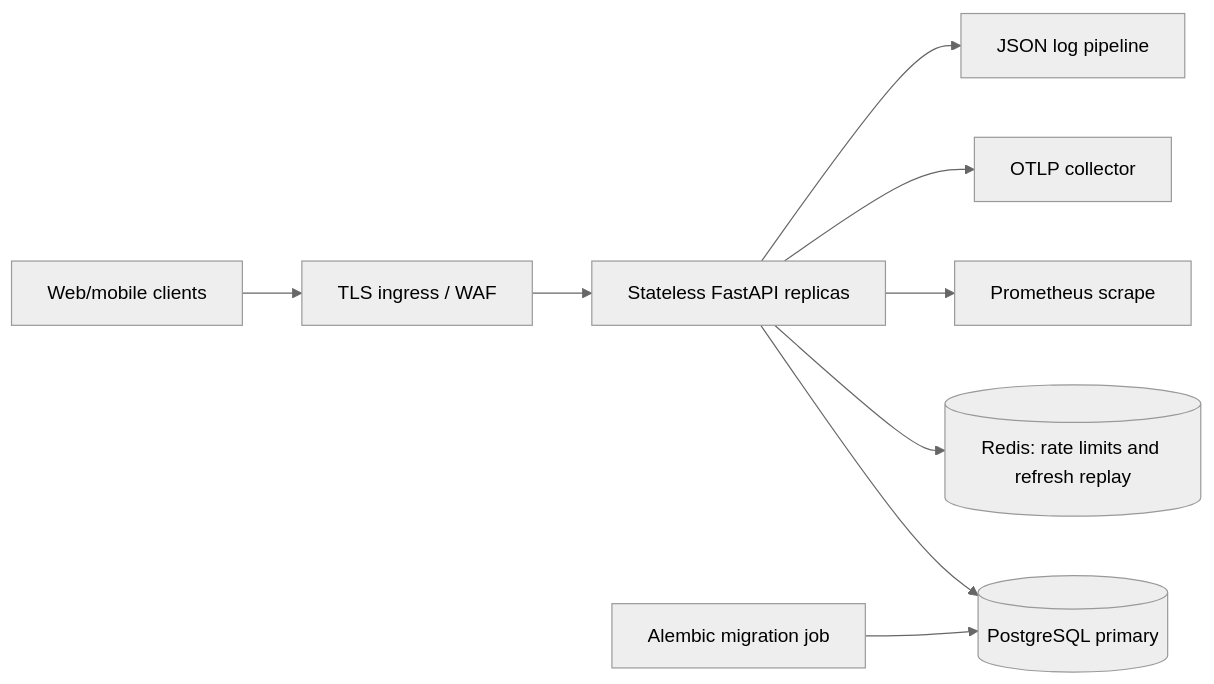
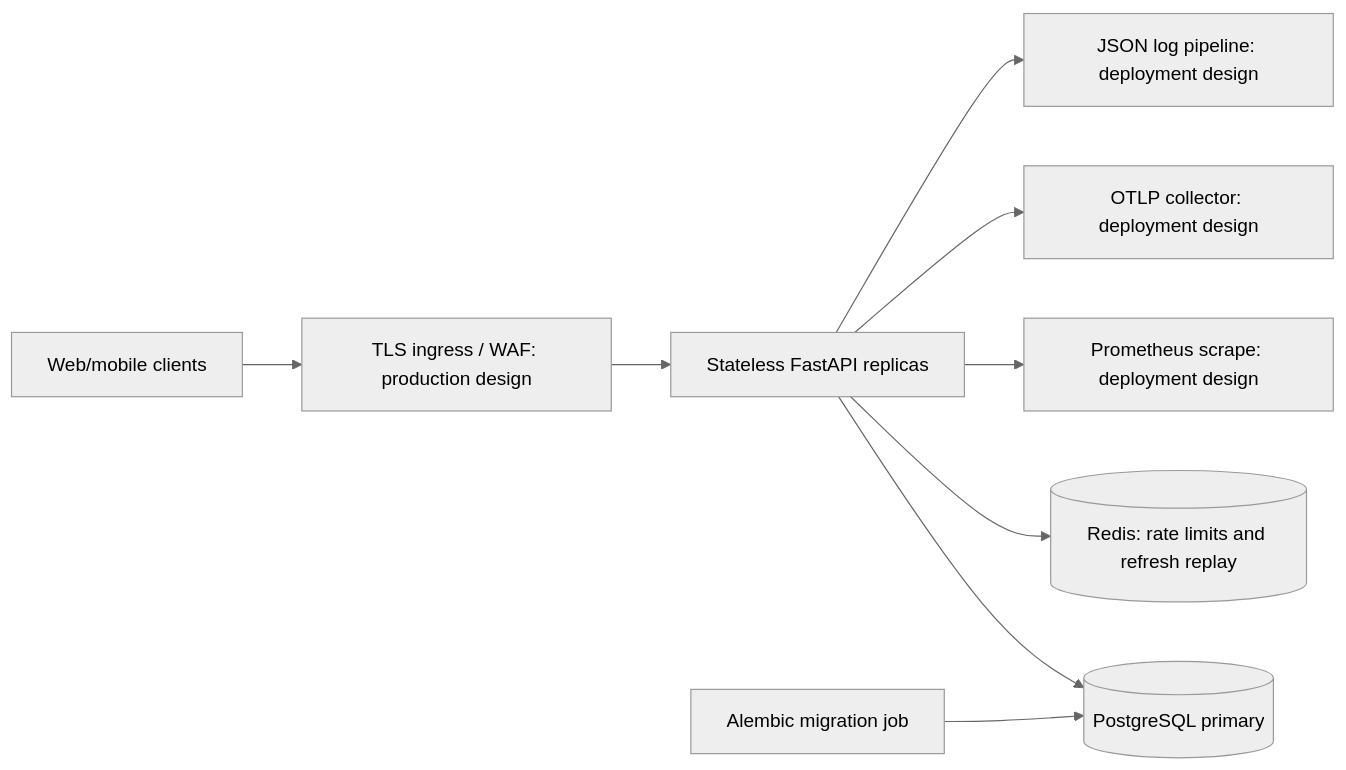
Before and after one commit to Ashujais/amrutam-telemedicine-backend: the first of 3 diagrams in docs/ARCHITECTURE.md, drawn with Mermaid (neutral theme). The commit also changed other lines of this file and 20 other files, not shown here.

````diff
--- a/docs/ARCHITECTURE.md
+++ b/docs/ARCHITECTURE.md
@@ -9,11 +9,11 @@
 ```mermaid
 flowchart LR
-  Client[Web/mobile clients] --> Ingress[TLS ingress / WAF]
+  Client[Web/mobile clients] --> Ingress[TLS ingress / WAF: production design]
   Ingress --> API[Stateless FastAPI replicas]
   API --> PG[(PostgreSQL primary)]
   API --> Redis[(Redis: rate limits and refresh replay)]
-  API --> Metrics[Prometheus scrape]
-  API --> Traces[OTLP collector]
-  API --> Logs[JSON log pipeline]
+  API --> Metrics[Prometheus scrape: deployment design]
+  API --> Traces[OTLP collector: deployment design]
+  API --> Logs[JSON log pipeline: deployment design]
   Migration[Alembic migration job] --> PG
 ```
````
